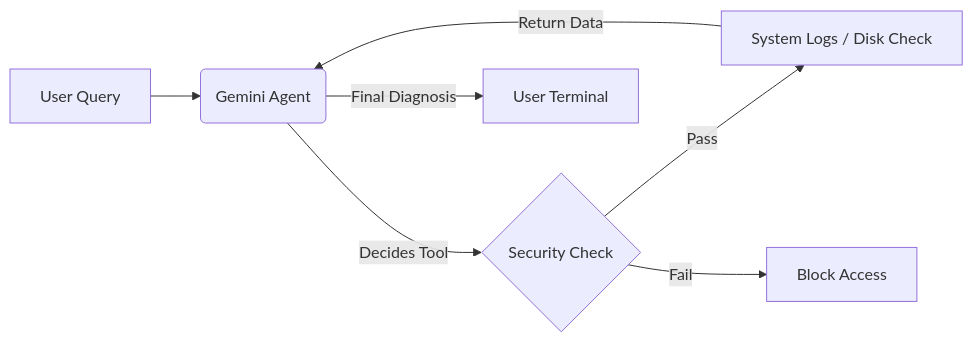
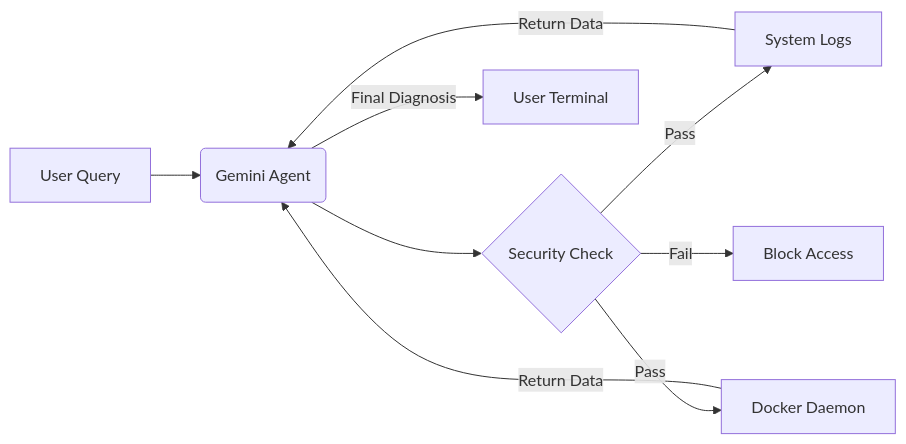
The diagram in README.md (Sri-Ram-Bala/DevOps_agent), drawn with Mermaid before and after one commit. The commit also changed other lines of this file, not shown here.

Commit message:
agent to interface with Docker containers

````diff
--- a/README.md
+++ b/README.md
@@ -31,9 +32,10 @@
 ```mermaid
-graph LR
+flowchart LR
     A[User Query] --> B(Gemini Agent);
-    B -->|Decides Tool| C{Security Check};
-    C -->|Pass| D[System Logs / Disk Check];
-    C -->|Fail| E[Block Access];
-    D -->|Return Data| B;
-    B -->|Final Diagnosis| F[User Terminal];
+    B --> C{Security Check};
+    C -- Pass --> D[System Logs];
+    C -- Pass --> E[Docker Daemon];
+    C -- Fail --> F[Block Access];
+    D & E -->|Return Data| B;
+    B -->|Final Diagnosis| G[User Terminal];
 ```
````
